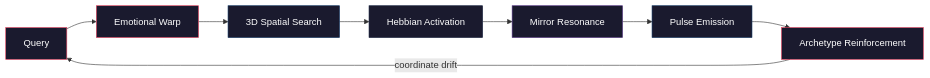
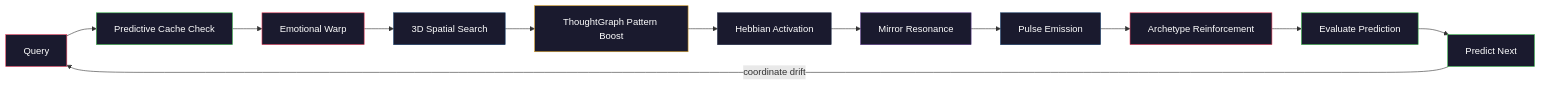
One commit to silentnoisehun/microscope-memory changed the first of 3 diagrams in README.md. Above: the diagram before and after it, drawn with Mermaid. The commit also changed other lines of this file and 1 other file, not shown here.

First line of the commit message:
Update README and Whitepaper for v0.4.0: 7-layer consciousness architecture

````diff
--- a/README.md
+++ b/README.md
@@ -18,18 +18,26 @@
 ```mermaid
 graph LR
-    Q[Query] --> EW[Emotional Warp]
+    Q[Query] --> PC[Predictive Cache Check]
+    PC --> EW[Emotional Warp]
     EW --> S[3D Spatial Search]
-    S --> HA[Hebbian Activation]
+    S --> TG[ThoughtGraph Pattern Boost]
+    TG --> HA[Hebbian Activation]
     HA --> MR[Mirror Resonance]
     MR --> PE[Pulse Emission]
     PE --> AR[Archetype Reinforcement]
-    AR -->|coordinate drift| Q
+    AR --> EV[Evaluate Prediction]
+    EV --> PN[Predict Next]
+    PN -->|coordinate drift| Q
 
     style Q fill:#1a1a2e,stroke:#e94560,color:#fff
+    style PC fill:#1a1a2e,stroke:#3fb950,color:#fff
     style EW fill:#1a1a2e,stroke:#e94560,color:#fff
     style S fill:#1a1a2e,stroke:#0f3460,color:#fff
+    style TG fill:#1a1a2e,stroke:#d29922,color:#fff
     style HA fill:#1a1a2e,stroke:#16213e,color:#fff
     style MR fill:#1a1a2e,stroke:#533483,color:#fff
     style PE fill:#1a1a2e,stroke:#0f3460,color:#fff
     style AR fill:#1a1a2e,stroke:#e94560,color:#fff
+    style EV fill:#1a1a2e,stroke:#3fb950,color:#fff
+    style PN fill:#1a1a2e,stroke:#3fb950,color:#fff
 ```
````
